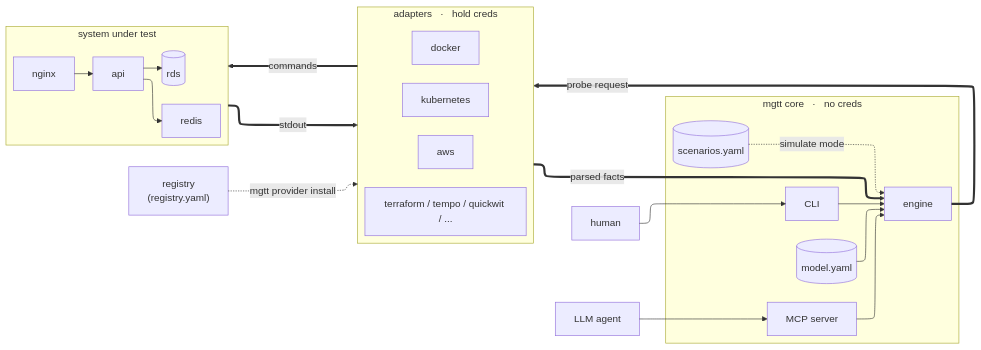
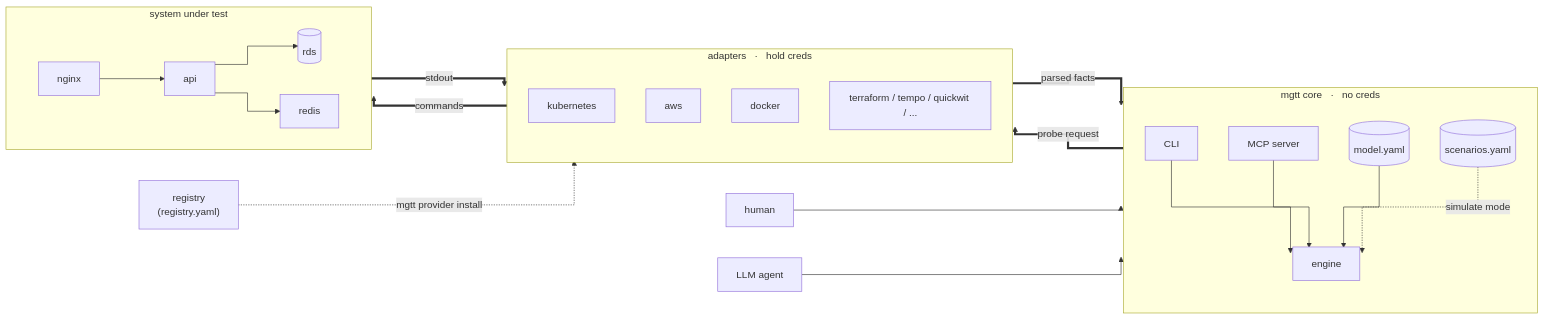
The diagram in README.md (mgt-tool/mgtt), drawn with Mermaid before and after one commit. The commit also changed 1 other file, not shown here.

Commit message:
docs: switch mermaid to stepAfter curve with more node spacing
The elk renderer switch appears to have been a silent no-op —
GitHub's bundled mermaid doesn't always include the elk module.
Falling back to the default dagre renderer but forcing `curve:
stepAfter`, which produces orthogonal right-angle edges that
every mermaid version (>=8) supports. Also bumping nodeSpacing
and rankSpacing so the four subgraphs have room to breathe and
the registry-to-adapters line doesn't have to weave under
everything.

````diff
--- a/README.md
+++ b/README.md
@@ -29,42 +29,42 @@
 ```mermaid
-%%{init: {'flowchart': {'defaultRenderer': 'elk'}}}%%
+%%{init: {'flowchart': {'curve': 'stepAfter', 'nodeSpacing': 50, 'rankSpacing': 80}}}%%
 flowchart LR
     Human["human"]
     Agent["LLM agent"]
 
     subgraph Core["mgtt core &nbsp; · &nbsp; no creds"]
         direction TB
         CLI["CLI"]
         MCP["MCP server"]
         Eng["engine"]
         Scen[("scenarios.yaml")]
         Model[("model.yaml")]
         CLI --> Eng
         MCP --> Eng
         Model --> Eng
         Scen -.->|simulate mode| Eng
     end
 
     subgraph Adapters["adapters &nbsp; · &nbsp; hold creds"]
         direction TB
         K["kubernetes"]
         A["aws"]
         D["docker"]
         T["terraform / tempo / quickwit / ..."]
     end
 
     subgraph SUT["system under test"]
         direction LR
         NGX["nginx"] --> API["api"] --> RDS[("rds")]
         API --> Cache["redis"]
     end
     Reg["registry<br/>(registry.yaml)"]
 
     Human --> CLI
     Agent --> MCP
     Eng ==>|probe request| Adapters
     Adapters ==>|parsed facts| Eng
     Adapters ==>|commands| SUT
     SUT ==>|stdout| Adapters
     Reg -.->|mgtt provider install| Adapters
 ```
````
